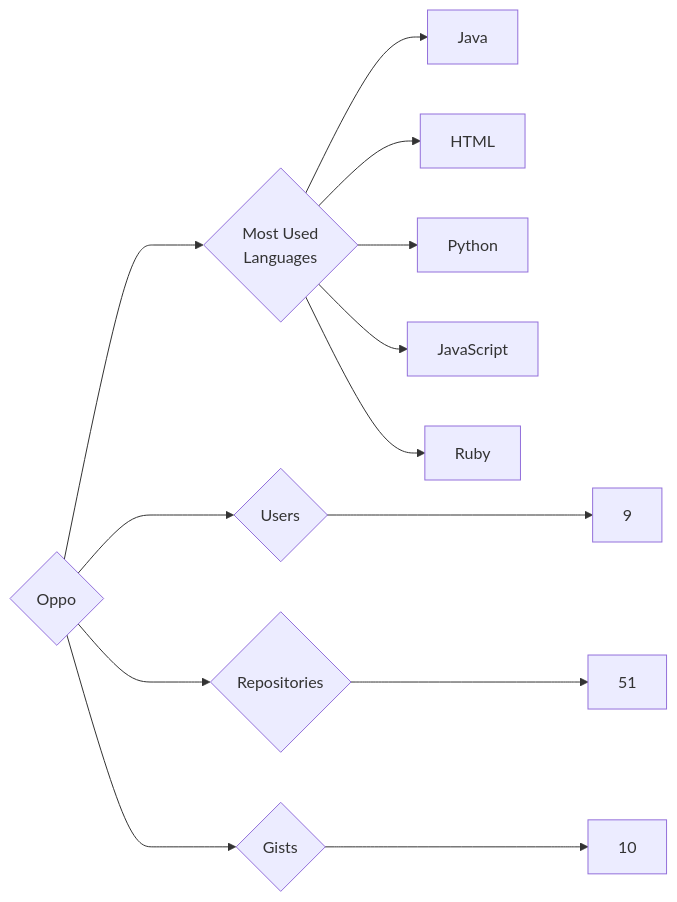
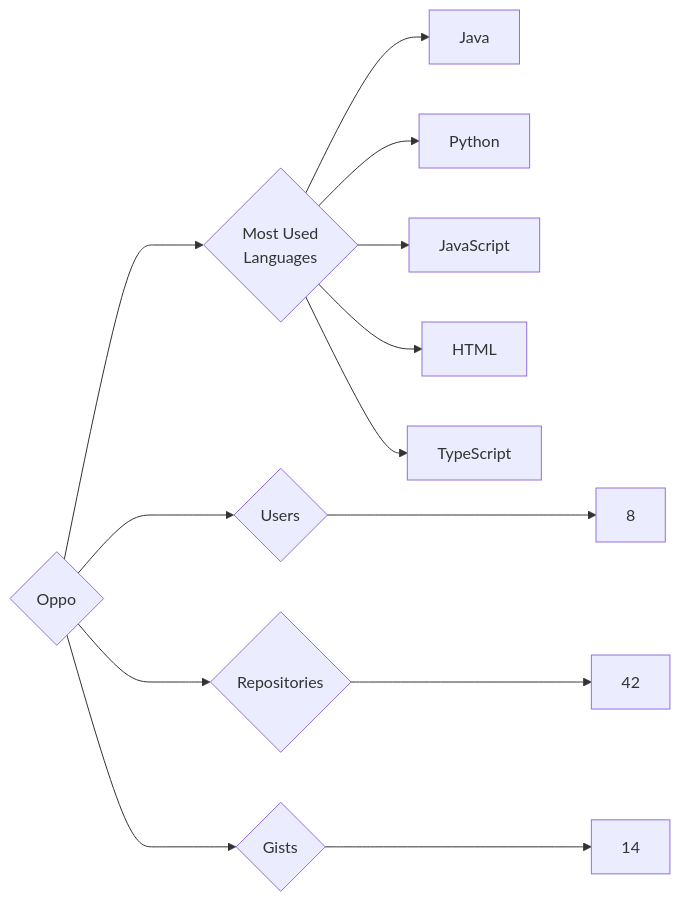
Before and after one commit to trickest/insiders: the diagram in targets/Oppo/README.md, drawn with Mermaid. The commit also changed 1389 other files, not shown here.

````diff
--- a/targets/Oppo/README.md
+++ b/targets/Oppo/README.md
@@ -3,13 +3,13 @@
 ```mermaid
 graph LR
 COMPANY_NAME{Oppo}
-COMPANY_NAME ---> U{Users} ---> UN[9]
-COMPANY_NAME ---> R{Repositories} ---> RN[51]
-COMPANY_NAME ---> G{Gists} ---> GN[10]
+COMPANY_NAME ---> U{Users} ---> UN[8]
+COMPANY_NAME ---> R{Repositories} ---> RN[42]
+COMPANY_NAME ---> G{Gists} ---> GN[14]
 COMPANY_NAME ---> ML{Most Used<br>Languages}
 ML --> Java[Java]
-ML --> HTML[HTML]
 ML --> Python[Python]
 ML --> JavaScript[JavaScript]
-ML --> Ruby[Ruby]
+ML --> HTML[HTML]
+ML --> TypeScript[TypeScript]
 ```
````
